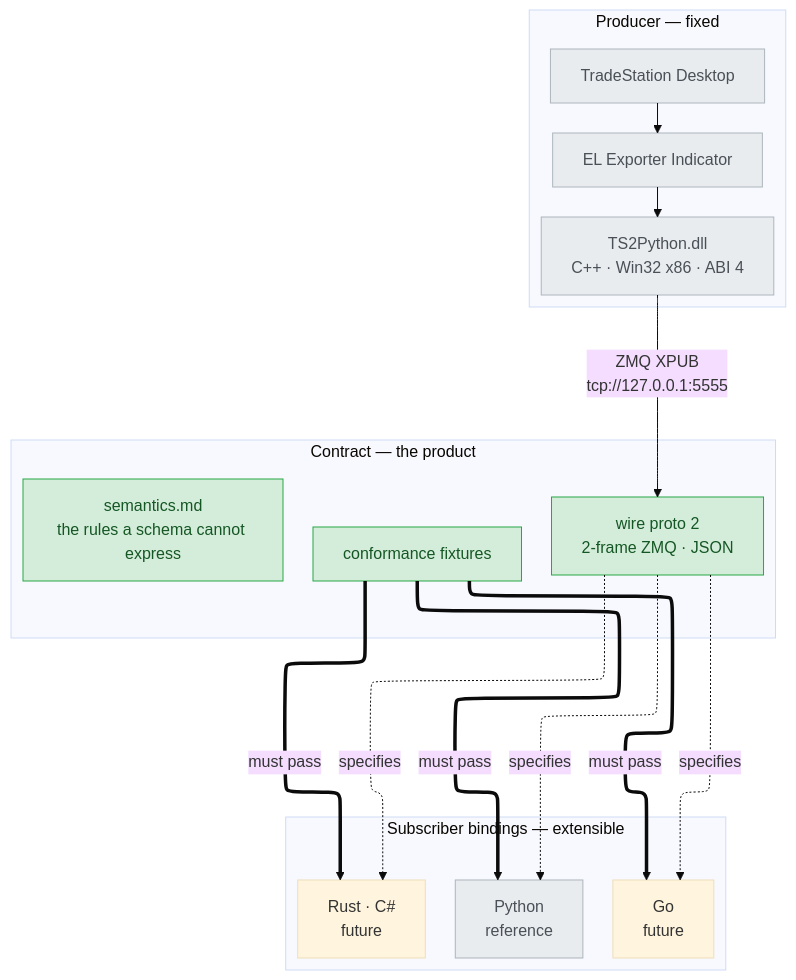
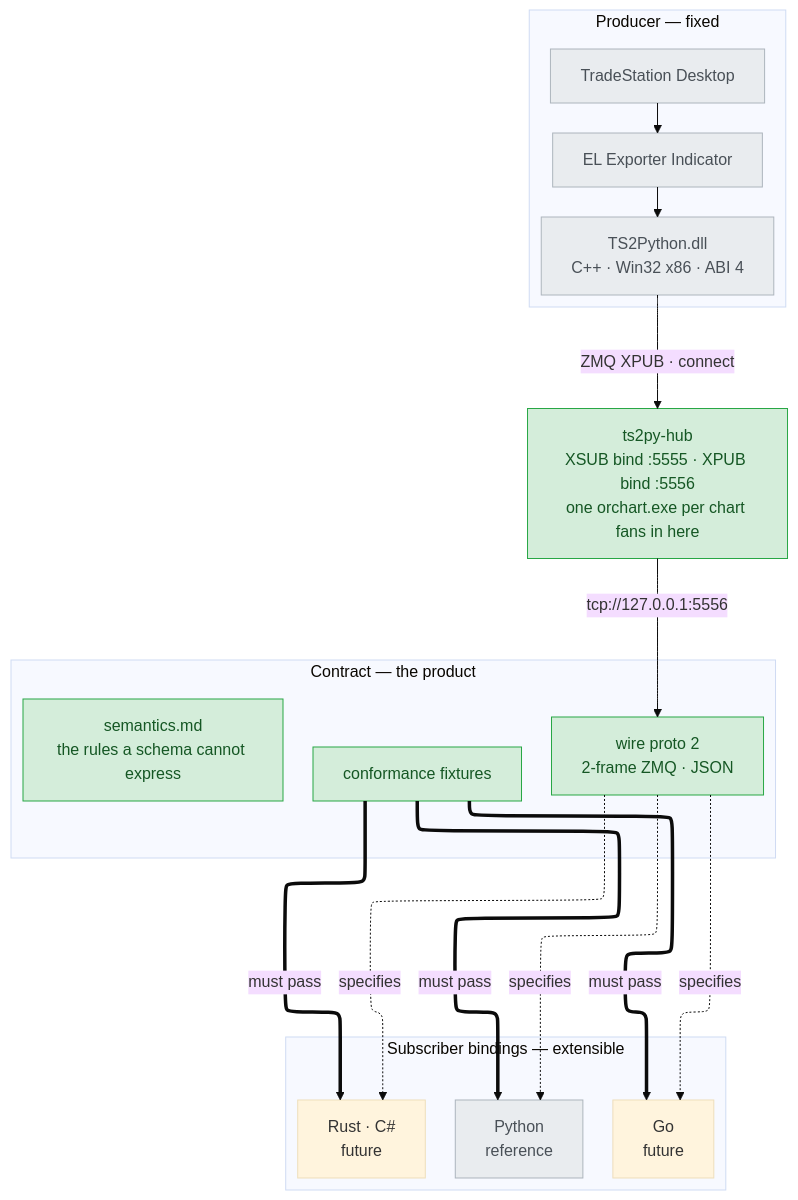
One commit to millerlai/tradestation-data-provider changed the diagram in README.md. Above: the diagram before and after it, drawn with Mermaid (base theme). The commit also changed other lines of this file and 13 other files, not shown here.

````diff
--- a/README.md
+++ b/README.md
@@ -18,38 +18,41 @@
 ```mermaid
 ---
 config:
   flowchart:
     defaultRenderer: elk
 ---
 flowchart TB
     subgraph PROD["Producer — fixed"]
         direction TB
         TS["TradeStation Desktop"]
         EL["EL Exporter Indicator"]
         DLL["TS2Python.dll<br/>C++ · Win32 x86 · ABI 4"]
         TS --> EL --> DLL
     end
     subgraph CON["Contract — the product"]
         WIRE["wire proto 2<br/>2-frame ZMQ · JSON"]
         SEM["semantics.md<br/>the rules a schema cannot express"]
         FIX["conformance fixtures"]
     end
     subgraph BIND["Subscriber bindings — extensible"]
         direction LR
         PY["Python<br/>reference"]
         GO["Go<br/>future"]
         RS["Rust · C#<br/>future"]
     end
-    DLL -->|"ZMQ XPUB<br/>tcp://127.0.0.1:5555"| WIRE
+    HUB["ts2py-hub<br/>XSUB bind :5555 · XPUB bind :5556<br/>one orchart.exe per chart fans in here"]
+    DLL -->|"ZMQ XPUB · connect"| HUB
+    HUB -->|"tcp://127.0.0.1:5556"| WIRE
     WIRE -.->|specifies| PY
     WIRE -.->|specifies| GO
     WIRE -.->|specifies| RS
     FIX ==>|must pass| PY
     FIX ==>|must pass| GO
     FIX ==>|must pass| RS
 
     classDef existing fill:#e9ecef,stroke:#adb5bd,color:#495057
     classDef added fill:#d4edda,stroke:#28a745,color:#155724
     class TS,EL,DLL,PY existing
     class WIRE,SEM,FIX added
+    class HUB added
 ```
````
